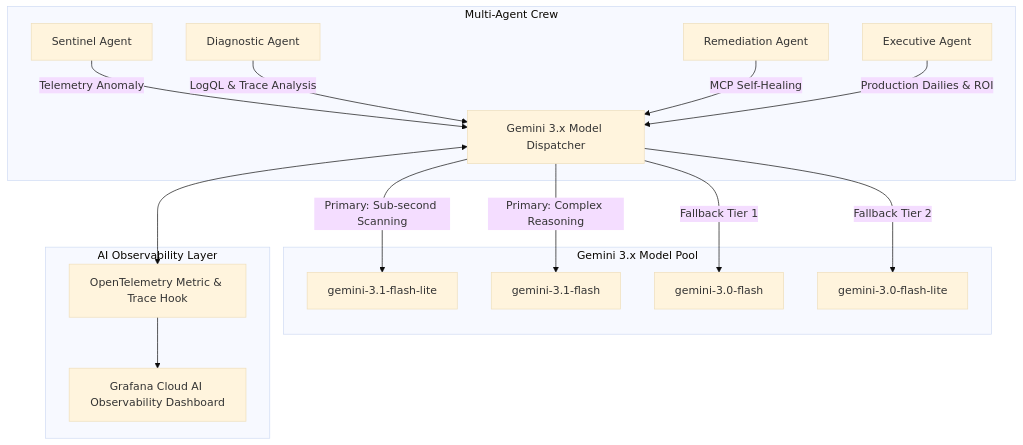
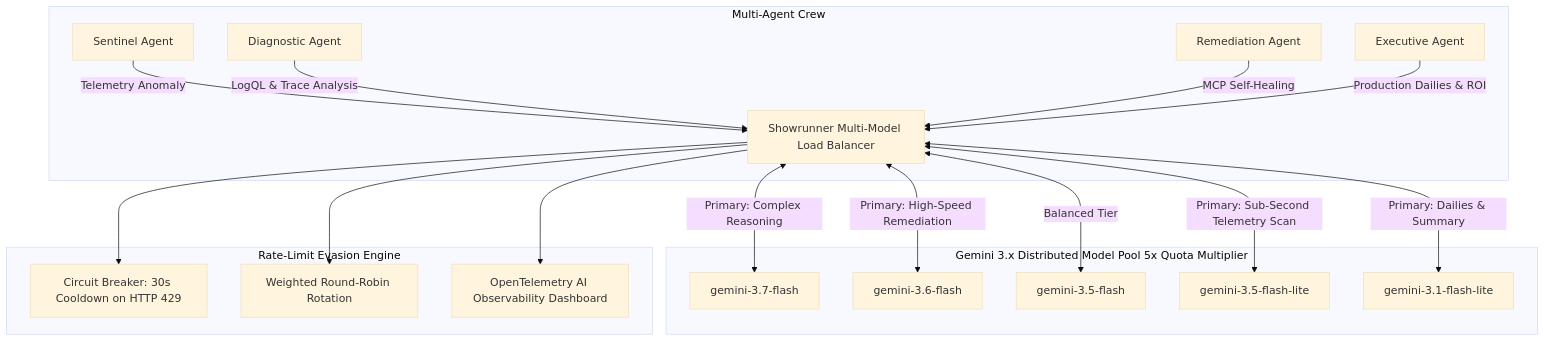
One commit to Tony-Stark2025/agentic-cinema-hackathon changed the diagram in docs/ARCHITECTURE.md. Above: the diagram before and after it, drawn with Mermaid (base theme). The commit also changed other lines of this file and 4 other files, not shown here.

Commit message:
feat: implement 5-model Gemini 3.x Flash load balancer with circuit breaker & 5x rate-limit evasion

````diff
--- a/docs/ARCHITECTURE.md
+++ b/docs/ARCHITECTURE.md
@@ -14,21 +14,23 @@
 ```mermaid
 flowchart TD
     subgraph Multi-Agent Crew
-        S[Sentinel Agent] -->|Telemetry Anomaly| DP[Gemini 3.x Model Dispatcher]
+        S[Sentinel Agent] -->|Telemetry Anomaly| DP[Showrunner Multi-Model Load Balancer]
         D[Diagnostic Agent] -->|LogQL & Trace Analysis| DP
         R[Remediation Agent] -->|MCP Self-Healing| DP
         E[Executive Agent] -->|Production Dailies & ROI| DP
     end
 
-    subgraph Gemini 3.x Model Pool
-        DP -->|Primary: Sub-second Scanning| M1[gemini-3.1-flash-lite]
-        DP -->|Primary: Complex Reasoning| M2[gemini-3.1-flash]
-        DP -->|Fallback Tier 1| M3[gemini-3.0-flash]
-        DP -->|Fallback Tier 2| M4[gemini-3.0-flash-lite]
+    subgraph Gemini 3.x Distributed Model Pool 5x Quota Multiplier
+        DP <-->|Primary: Complex Reasoning| M1[gemini-3.7-flash]
+        DP <-->|Primary: High-Speed Remediation| M2[gemini-3.6-flash]
+        DP <-->|Balanced Tier| M3[gemini-3.5-flash]
+        DP <-->|Primary: Sub-Second Telemetry Scan| M4[gemini-3.5-flash-lite]
+        DP <-->|Primary: Dailies & Summary| M5[gemini-3.1-flash-lite]
     end
 
-    subgraph AI Observability Layer
-        DP <--> OTEL[OpenTelemetry Metric & Trace Hook]
-        OTEL --> GC[Grafana Cloud AI Observability Dashboard]
+    subgraph Rate-Limit Evasion Engine
+        DP --> CB[Circuit Breaker: 30s Cooldown on HTTP 429]
+        DP --> RR[Weighted Round-Robin Rotation]
+        DP --> OTEL[OpenTelemetry AI Observability Dashboard]
     end
 ```
````
